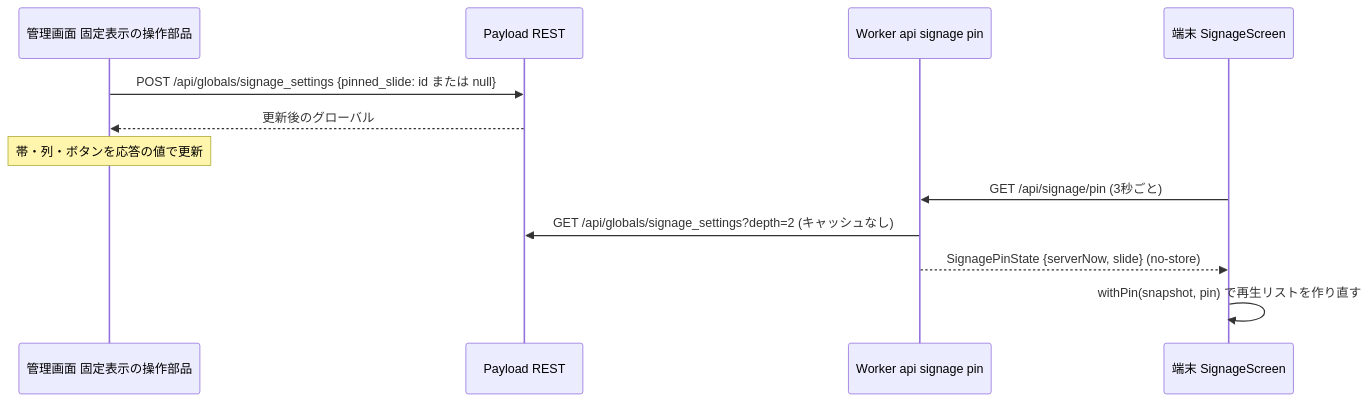
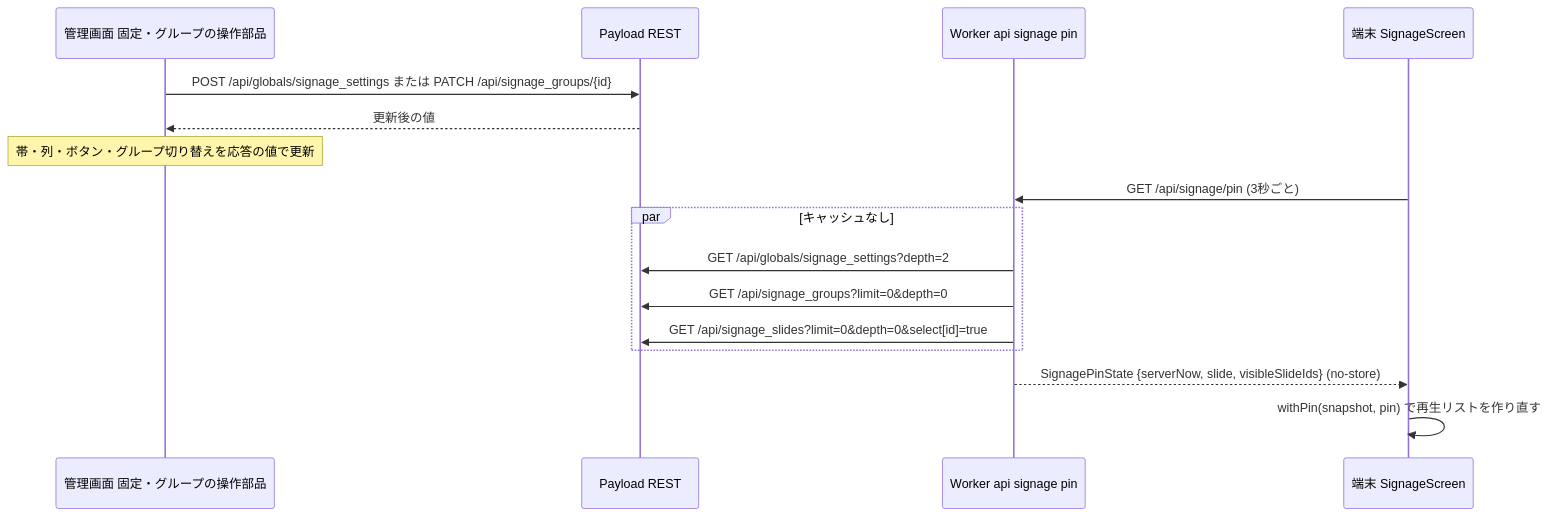
Before and after one commit to aramakisai/aramakisai-web: the third of 6 diagrams in .kiro/specs/digital-signage/design.md, drawn with Mermaid. The commit also changed other lines of this file and 2 other files, not shown here.

````diff
--- a/.kiro/specs/digital-signage/design.md
+++ b/.kiro/specs/digital-signage/design.md
@@ -233,14 +238,18 @@
 ```mermaid
 sequenceDiagram
-  participant A as 管理画面 固定表示の操作部品
+  participant A as 管理画面 固定・グループの操作部品
   participant P as Payload REST
   participant W as Worker api signage pin
   participant D as 端末 SignageScreen
-  A->>P: POST /api/globals/signage_settings {pinned_slide: id または null}
-  P-->>A: 更新後のグローバル
-  Note over A: 帯・列・ボタンを応答の値で更新
+  A->>P: POST /api/globals/signage_settings または PATCH /api/signage_groups/{id}
+  P-->>A: 更新後の値
+  Note over A: 帯・列・ボタン・グループ切り替えを応答の値で更新
   D->>W: GET /api/signage/pin (3秒ごと)
-  W->>P: GET /api/globals/signage_settings?depth=2 (キャッシュなし)
-  W-->>D: SignagePinState {serverNow, slide} (no-store)
+  par キャッシュなし
+    W->>P: GET /api/globals/signage_settings?depth=2
+    W->>P: GET /api/signage_groups?limit=0&depth=0
+    W->>P: GET /api/signage_slides?limit=0&depth=0&select[id]=true
+  end
+  W-->>D: SignagePinState {serverNow, slide, visibleSlideIds} (no-store)
   D->>D: withPin(snapshot, pin) で再生リストを作り直す
 ```
````
